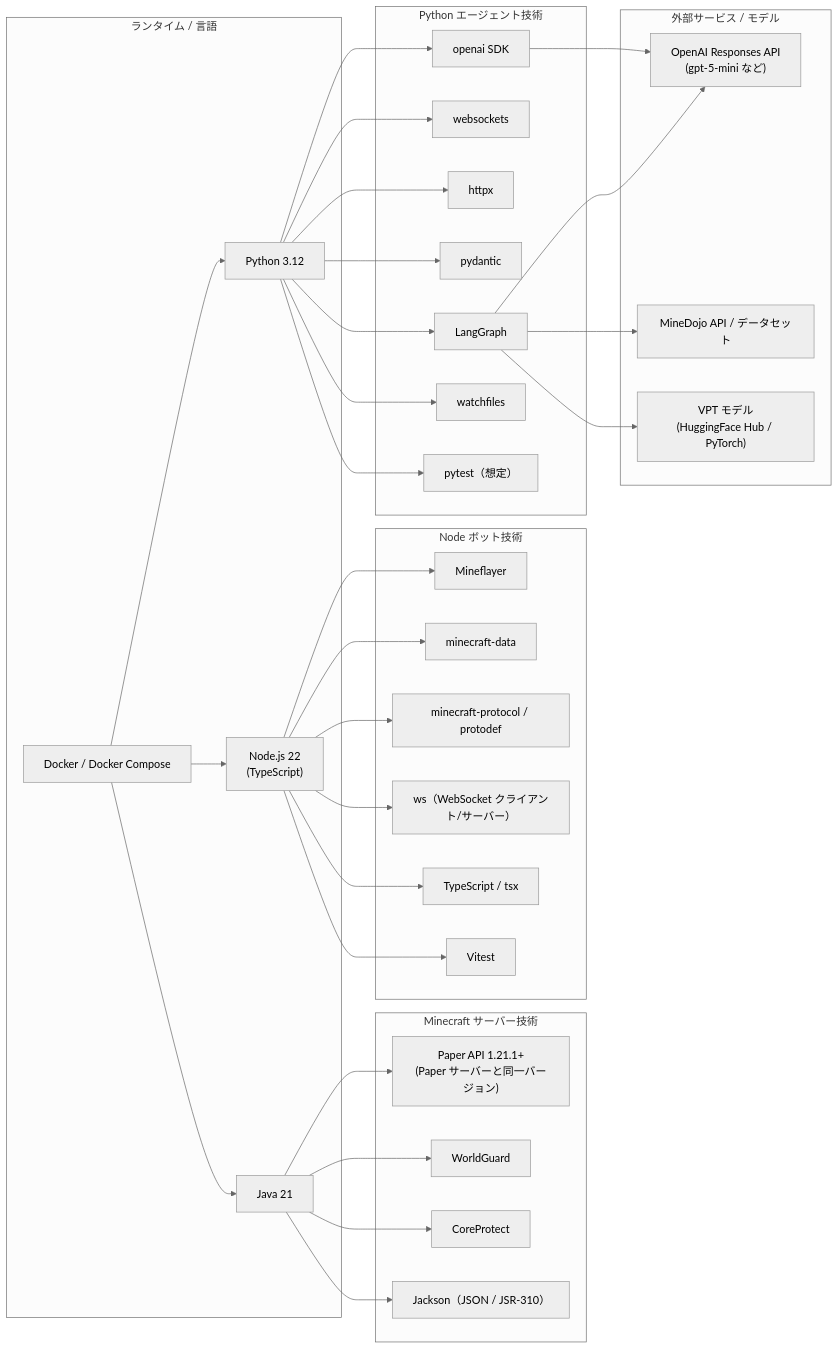
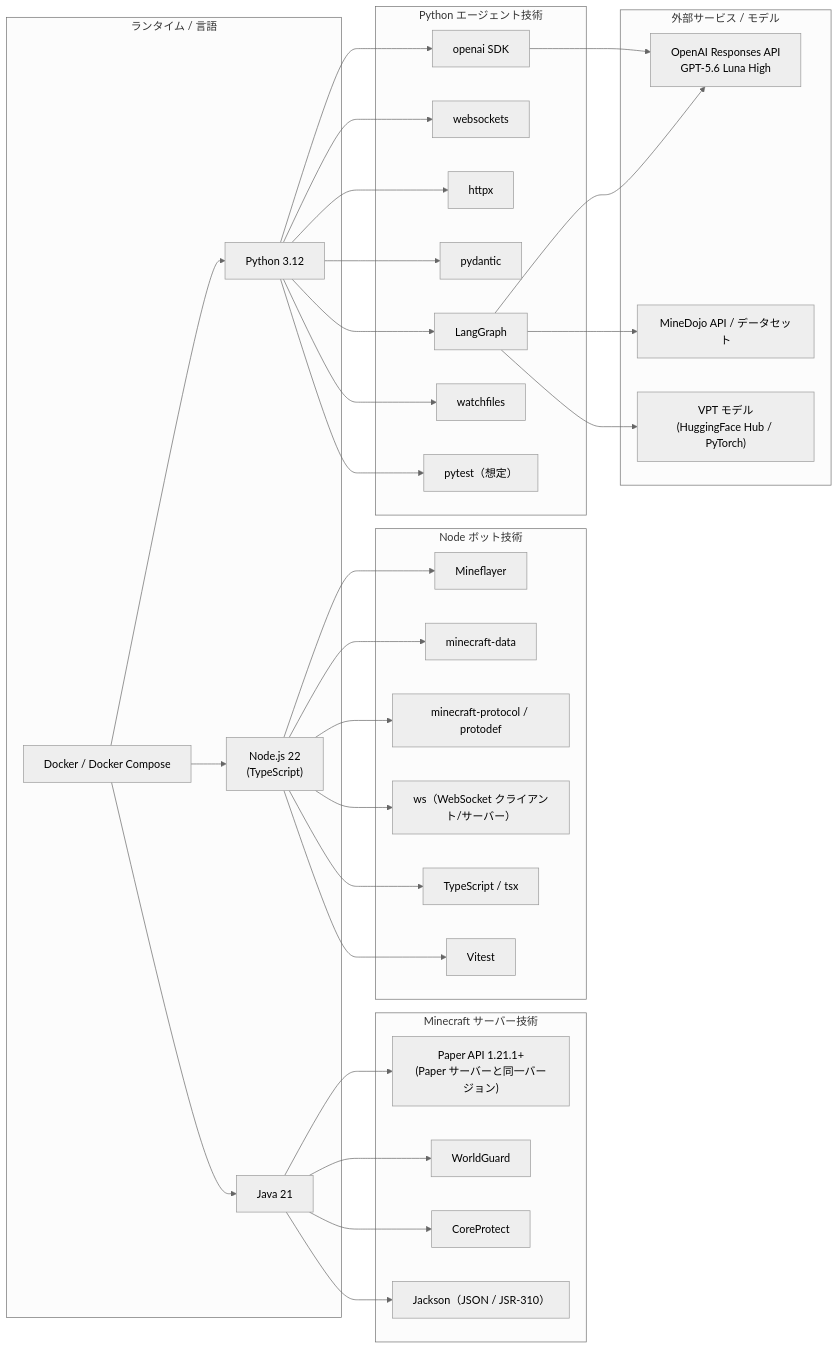
One commit to RiSEblackbird/mc-bot-egent-practice-1 changed the second of 2 diagrams in docs/tech_stack_diagram.md. Above: the diagram before and after it, drawn with Mermaid (neutral theme). The commit also changed other lines of this file and 15 other files, not shown here.

````diff
--- a/docs/tech_stack_diagram.md
+++ b/docs/tech_stack_diagram.md
@@ -110,76 +110,76 @@
 ```mermaid
 graph LR
     %% ランタイムと言語
     subgraph Runtime["ランタイム / 言語"]
         Java["Java 21"]
         NodeJS["Node.js 22<br/>(TypeScript)"]
         Python["Python 3.12"]
         DockerRT["Docker / Docker Compose"]
     end
 
     %% Minecraft サーバー技術
     subgraph McServer["Minecraft サーバー技術"]
         PaperAPI["Paper API 1.21.1+<br/>(Paper サーバーと同一バージョン)"]
         WorldGuard["WorldGuard"]
         CoreProtect["CoreProtect"]
         Jackson["Jackson（JSON / JSR-310）"]
     end
 
     %% Node ボット技術
     subgraph NodeTech["Node ボット技術"]
         Mineflayer["Mineflayer"]
         McData["minecraft-data"]
         McProtocol["minecraft-protocol / protodef"]
         WSNode["ws（WebSocket クライアント/サーバー）"]
         TS["TypeScript / tsx"]
         Vitest["Vitest"]
     end
 
     %% Python エージェント技術
     subgraph PyTech["Python エージェント技術"]
         OpenAI_SDK["openai SDK"]
         Websockets["websockets"]
         Httpx["httpx"]
         Pydantic["pydantic"]
         LangGraph["LangGraph"]
         Watchfiles["watchfiles"]
         Pytest["pytest（想定）"]
     end
 
     %% 外部サービス / モデル
     subgraph External["外部サービス / モデル"]
-        OpenAI_API["OpenAI Responses API<br/>(gpt-5-mini など)"]
+        OpenAI_API["OpenAI Responses API<br/>GPT-5.6 Luna High"]
         MineDojoSvc["MineDojo API / データセット"]
         VPTModel["VPT モデル<br/>(HuggingFace Hub / PyTorch)"]
     end
 
     %% 相関関係
     Java --> PaperAPI
     Java --> WorldGuard
     Java --> CoreProtect
     Java --> Jackson
 
     NodeJS --> TS
     NodeJS --> Mineflayer
     NodeJS --> McData
     NodeJS --> McProtocol
     NodeJS --> WSNode
     NodeJS --> Vitest
 
     Python --> OpenAI_SDK
     Python --> Websockets
     Python --> Httpx
     Python --> Pydantic
     Python --> LangGraph
     Python --> Watchfiles
     Python --> Pytest
 
     OpenAI_SDK --> OpenAI_API
     LangGraph --> OpenAI_API
     LangGraph --> MineDojoSvc
     LangGraph --> VPTModel
 
     DockerRT --> NodeJS
     DockerRT --> Python
     DockerRT --> Java
 ```
````
